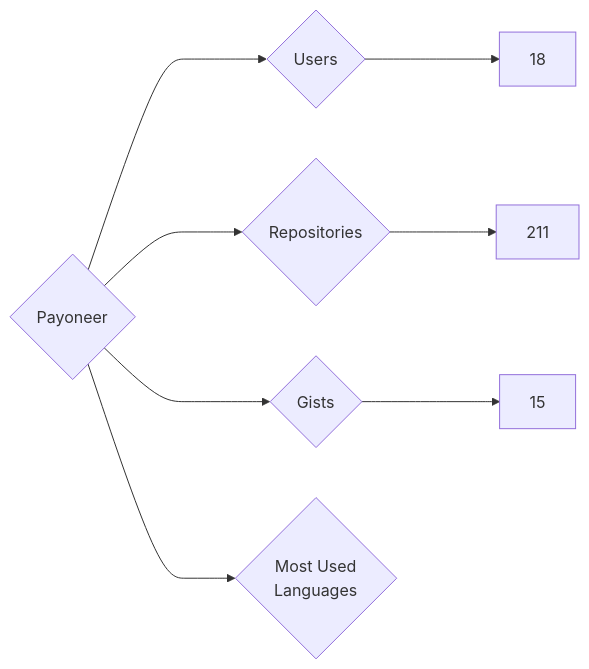
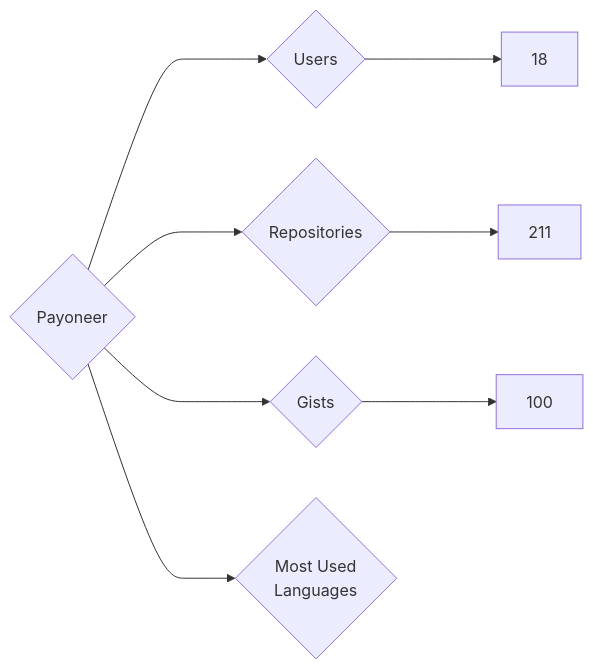
Before and after one commit to nenadzaric/insiders: the diagram in targets/Payoneer/README.md, drawn with Mermaid. The commit also changed 1342 other files, not shown here.

````diff
--- a/targets/Payoneer/README.md
+++ b/targets/Payoneer/README.md
@@ -3,8 +3,8 @@
 ```mermaid
 graph LR
 COMPANY_NAME{Payoneer}
 COMPANY_NAME ---> U{Users} ---> UN[18]
 COMPANY_NAME ---> R{Repositories} ---> RN[211]
-COMPANY_NAME ---> G{Gists} ---> GN[15]
+COMPANY_NAME ---> G{Gists} ---> GN[100]
 COMPANY_NAME ---> ML{Most Used<br>Languages}
 ```
````
